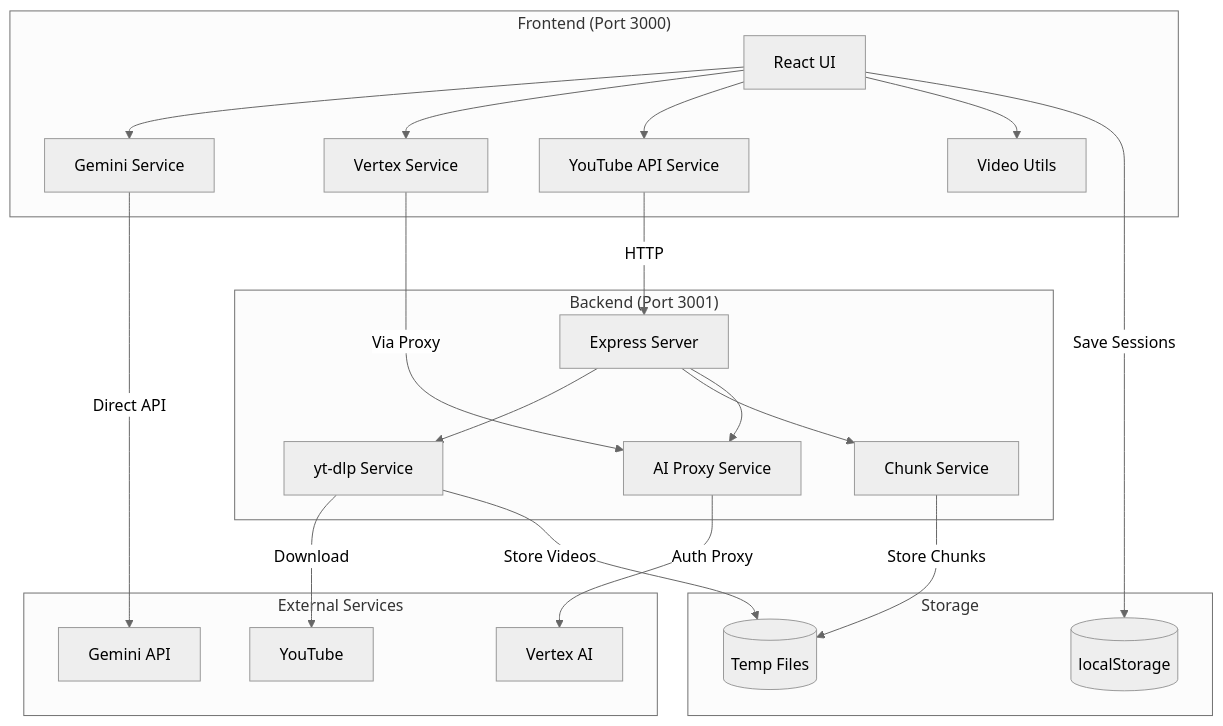
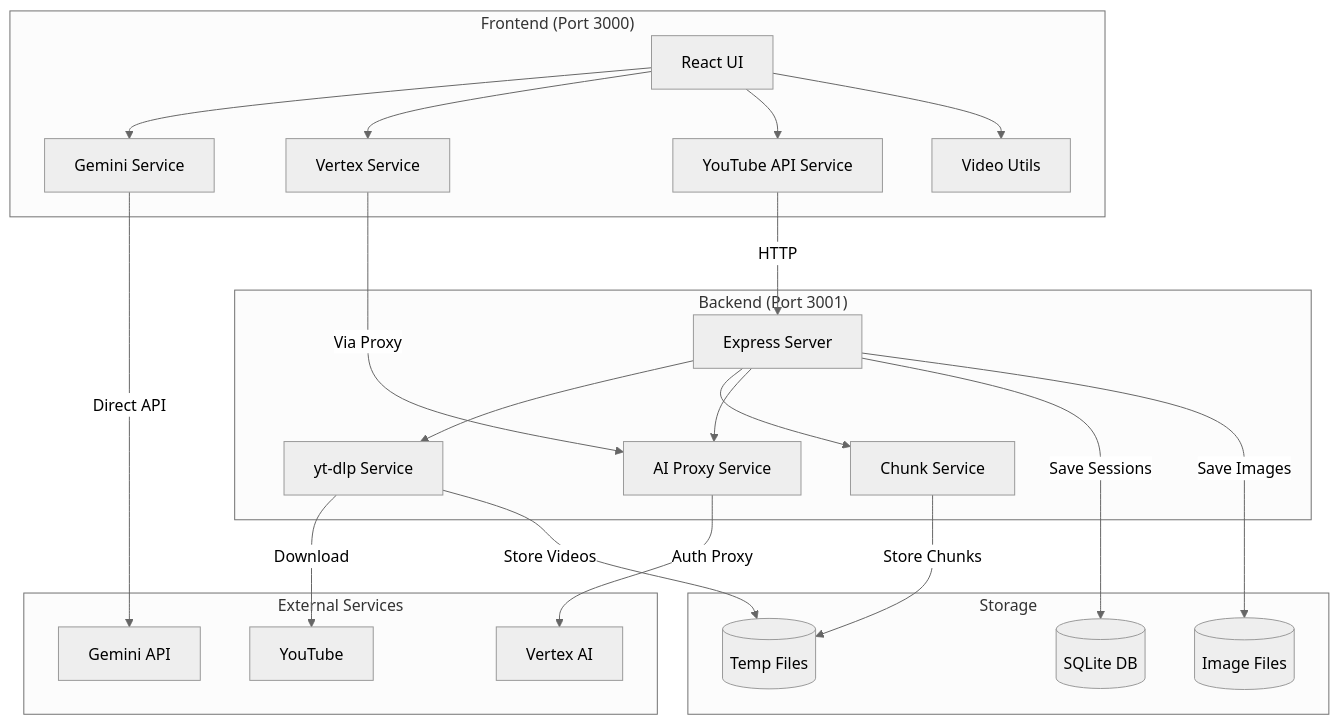
One commit to bianbianzhu/videotonotion changed the second of 7 diagrams in docs/ARCHITECTURE.md. Above: the diagram before and after it, drawn with Mermaid (neutral theme). The commit also changed other lines of this file and 5 other files, not shown here.

````diff
--- a/docs/ARCHITECTURE.md
+++ b/docs/ARCHITECTURE.md
@@ -45,48 +45,50 @@
 ```mermaid
 flowchart TB
     subgraph Client["Frontend (Port 3000)"]
         UI[React UI]
         GS[Gemini Service]
         VS[Vertex Service]
         YS[YouTube API Service]
         VU[Video Utils]
     end
 
     subgraph Server["Backend (Port 3001)"]
         EX[Express Server]
         YT[yt-dlp Service]
         CH[Chunk Service]
         AI[AI Proxy Service]
     end
 
     subgraph External["External Services"]
         GEM[Gemini API]
         VTX[Vertex AI]
         YTB[YouTube]
     end
 
     subgraph Storage["Storage"]
-        LS[(localStorage)]
+        DB[(SQLite DB)]
+        IMG[(Image Files)]
         TMP[(Temp Files)]
     end
 
     UI --> GS
     UI --> VS
     UI --> YS
     UI --> VU
 
     GS -->|Direct API| GEM
     VS -->|Via Proxy| AI
     YS -->|HTTP| EX
 
     EX --> YT
     EX --> CH
     EX --> AI
 
     YT -->|Download| YTB
     AI -->|Auth Proxy| VTX
 
-    UI -->|Save Sessions| LS
+    EX -->|Save Sessions| DB
+    EX -->|Save Images| IMG
     YT -->|Store Videos| TMP
     CH -->|Store Chunks| TMP
 ```
````
